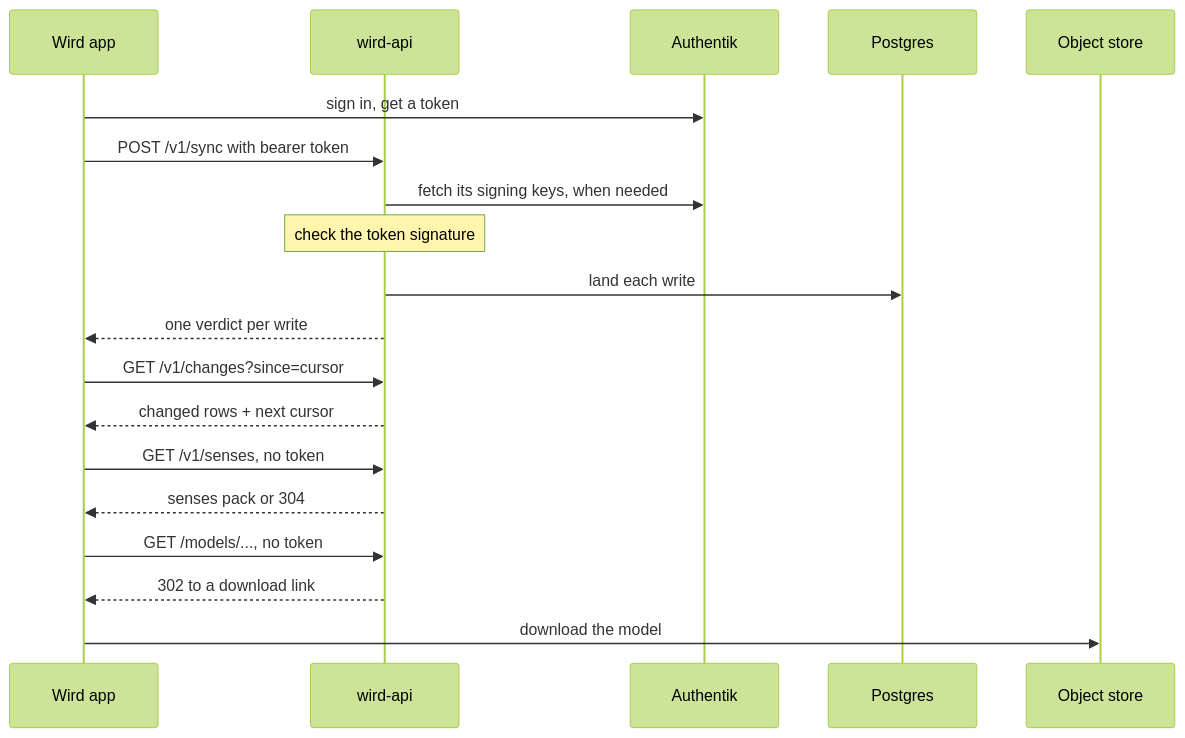
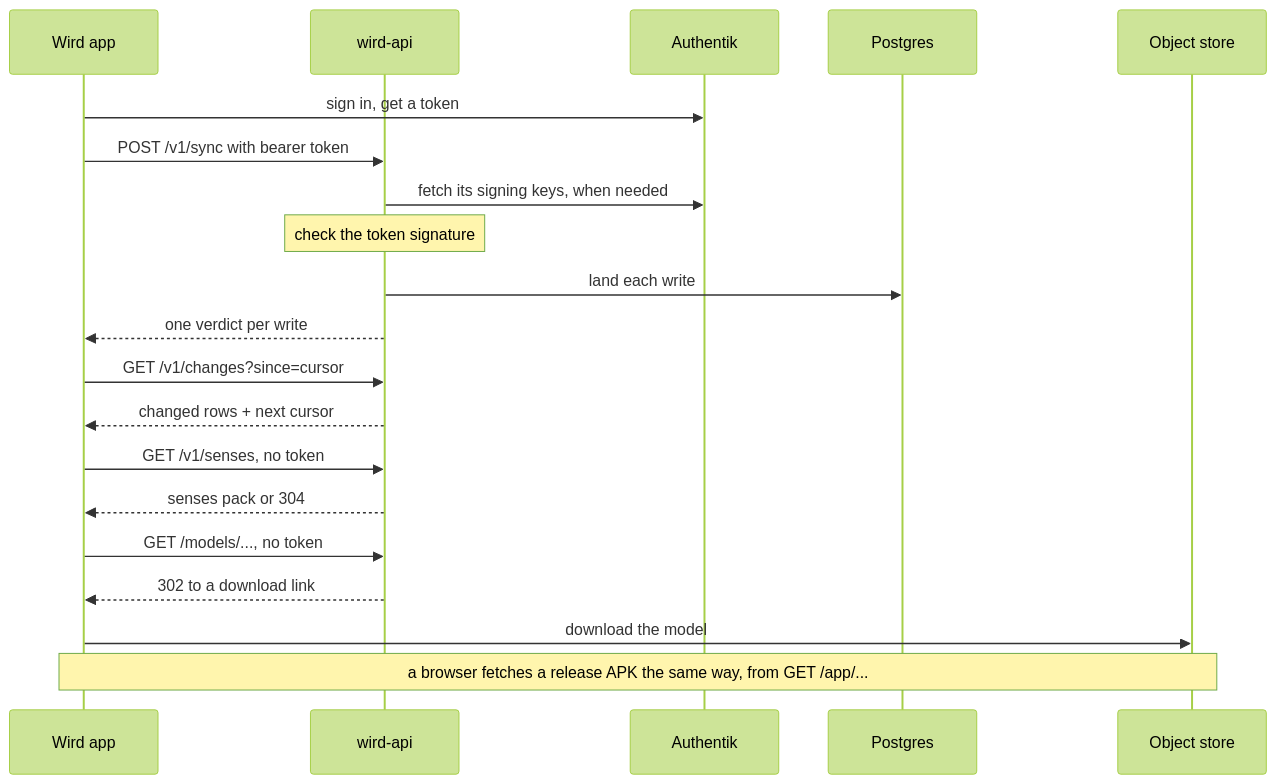
Before and after one commit to MohammadBnei/wird: the first of 4 diagrams in docs/architecture/api.md, drawn with Mermaid (forest theme). The commit also changed 2 other files, not shown here.

Commit message:
Escape key.properties values, and limit the keystore to apk.yml
java.util.Properties reads a backslash as an escape and drops leading
spaces, so both are escaped and a password reads back exactly as stored.
The CI identity now accepts only apk.yml run from a tag or main, so no
other workflow or branch can read the keystore; manual runs go on main.
The API diagram shows the /app/ route.

````diff
--- a/docs/architecture/api.md
+++ b/docs/architecture/api.md
@@ -18,22 +18,23 @@
 ```mermaid
 sequenceDiagram
   participant App as Wird app
   participant API as wird-api
   participant IdP as Authentik
   participant DB as Postgres
   participant OS as Object store
 
   App->>IdP: sign in, get a token
   App->>API: POST /v1/sync with bearer token
   API->>IdP: fetch its signing keys, when needed
   Note over API: check the token signature
   API->>DB: land each write
   API-->>App: one verdict per write
   App->>API: GET /v1/changes?since=cursor
   API-->>App: changed rows + next cursor
   App->>API: GET /v1/senses, no token
   API-->>App: senses pack or 304
   App->>API: GET /models/..., no token
   API-->>App: 302 to a download link
   App->>OS: download the model
+  Note over App,OS: a browser fetches a release APK the same way, from GET /app/...
 ```
````
